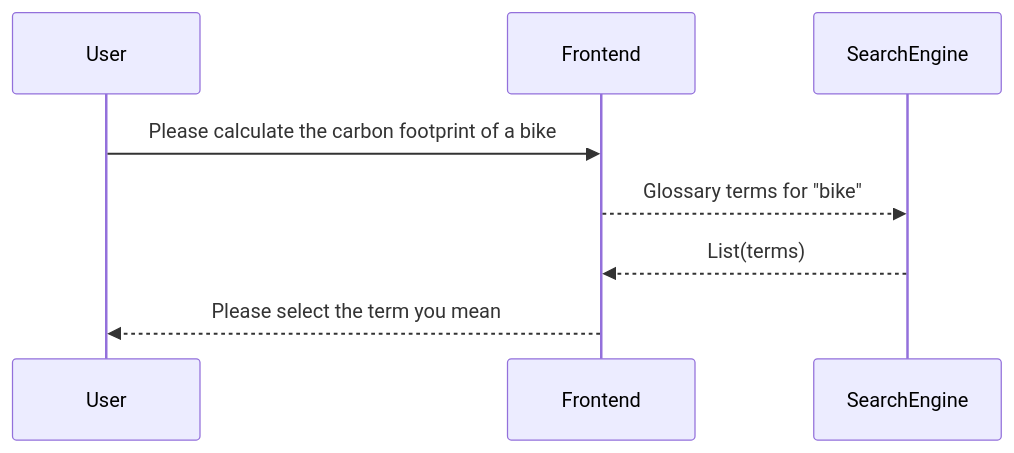
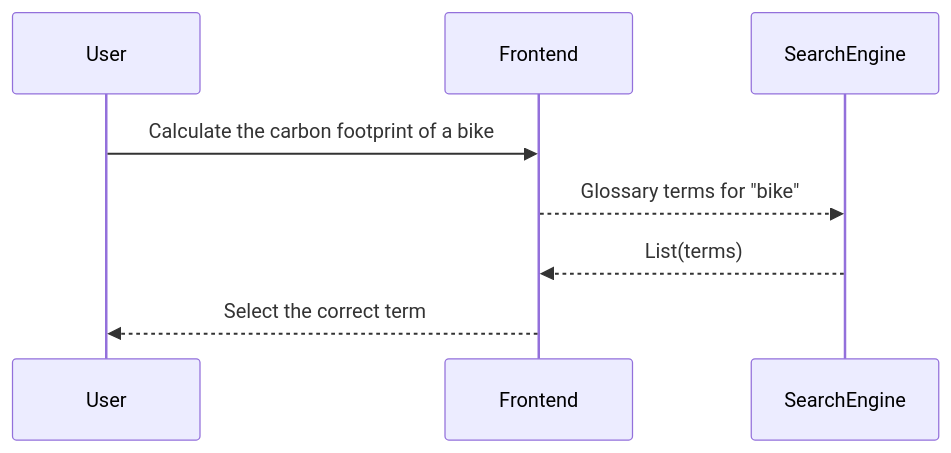
One commit to sentier-dev/sentier.dev changed the first of 2 diagrams in Sequence diagrams/README.md. Above: the diagram before and after it, drawn with Mermaid. The commit also changed other lines of this file, not shown here.

````diff
--- a/Sequence diagrams/README.md
+++ b/Sequence diagrams/README.md
@@ -5,8 +5,7 @@
 ```mermaid
-
 sequenceDiagram
-    User->>Frontend: Please calculate the carbon footprint of a bike
+    User->>Frontend: Calculate the carbon footprint of a bike
     Frontend-->>SearchEngine: Glossary terms for "bike"
     SearchEngine-->>Frontend: List(terms)
-    Frontend-->>User: Please select the term you mean
+    Frontend-->>User: Select the correct term
 ```
````
